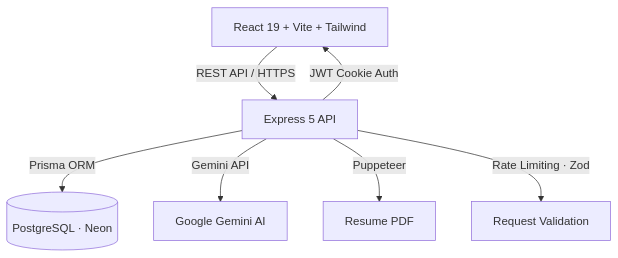
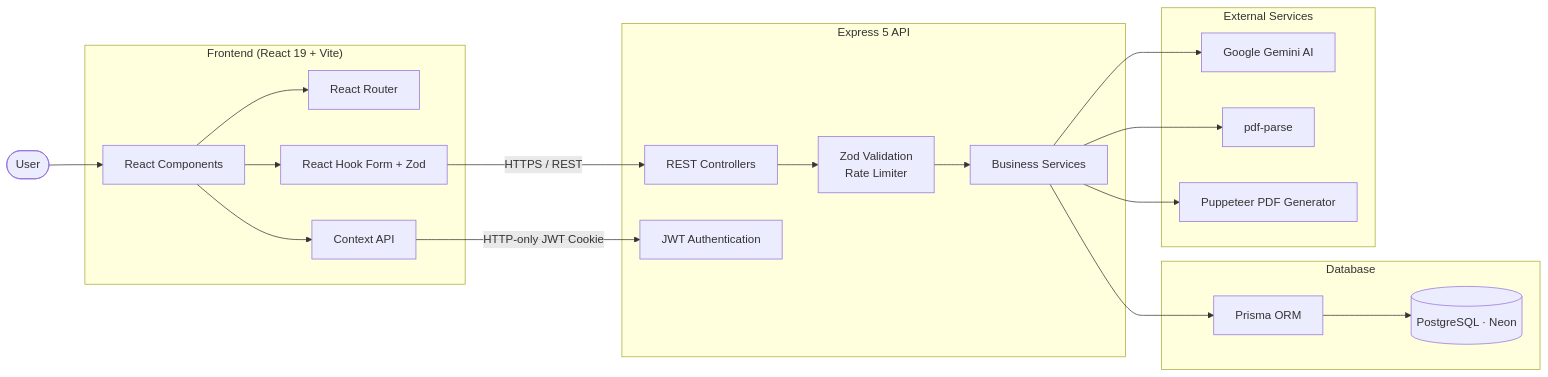
Before and after one commit to SahilSameer18/skillbridgeAI: the diagram in README.md, drawn with Mermaid.

Commit message:
updated the mermaid architecture in readme file

````diff
--- a/README.md
+++ b/README.md
@@ -52,9 +50,48 @@
 ```mermaid
-flowchart TD
-  Client[React 19 + Vite + Tailwind] -->|REST API / HTTPS| Server[Express 5 API]
-  Server -->|JWT Cookie Auth| Client
-  Server -->|Prisma ORM| Database[(PostgreSQL · Neon)]
-  Server -->|Gemini API| Gemini[Google Gemini AI]
-  Server -->|Puppeteer| PDF[Resume PDF]
-  Server -->|Rate Limiting · Zod| Middleware[Request Validation]
+flowchart LR
+
+    User([User])
+
+    subgraph Frontend["Frontend (React 19 + Vite)"]
+        UI[React Components]
+        Router[React Router]
+        Context[Context API]
+        Forms[React Hook Form + Zod]
+    end
+
+    subgraph Backend["Express 5 API"]
+        API[REST Controllers]
+        Auth[JWT Authentication]
+        Middleware[Zod Validation<br/>Rate Limiter]
+        Services[Business Services]
+    end
+
+    subgraph Database["Database"]
+        Prisma[Prisma ORM]
+        DB[(PostgreSQL · Neon)]
+    end
+
+    subgraph External["External Services"]
+        Gemini[Google Gemini AI]
+        Parser[pdf-parse]
+        PDF[Puppeteer PDF Generator]
+    end
+
+    User --> UI
+    UI --> Router
+    UI --> Context
+    UI --> Forms
+
+    Forms -->|HTTPS / REST| API
+    Context -->|HTTP-only JWT Cookie| Auth
+
+    API --> Middleware
+    Middleware --> Services
+
+    Services --> Prisma
+    Prisma --> DB
+
+    Services --> Gemini
+    Services --> Parser
+    Services --> PDF
 ```
````
